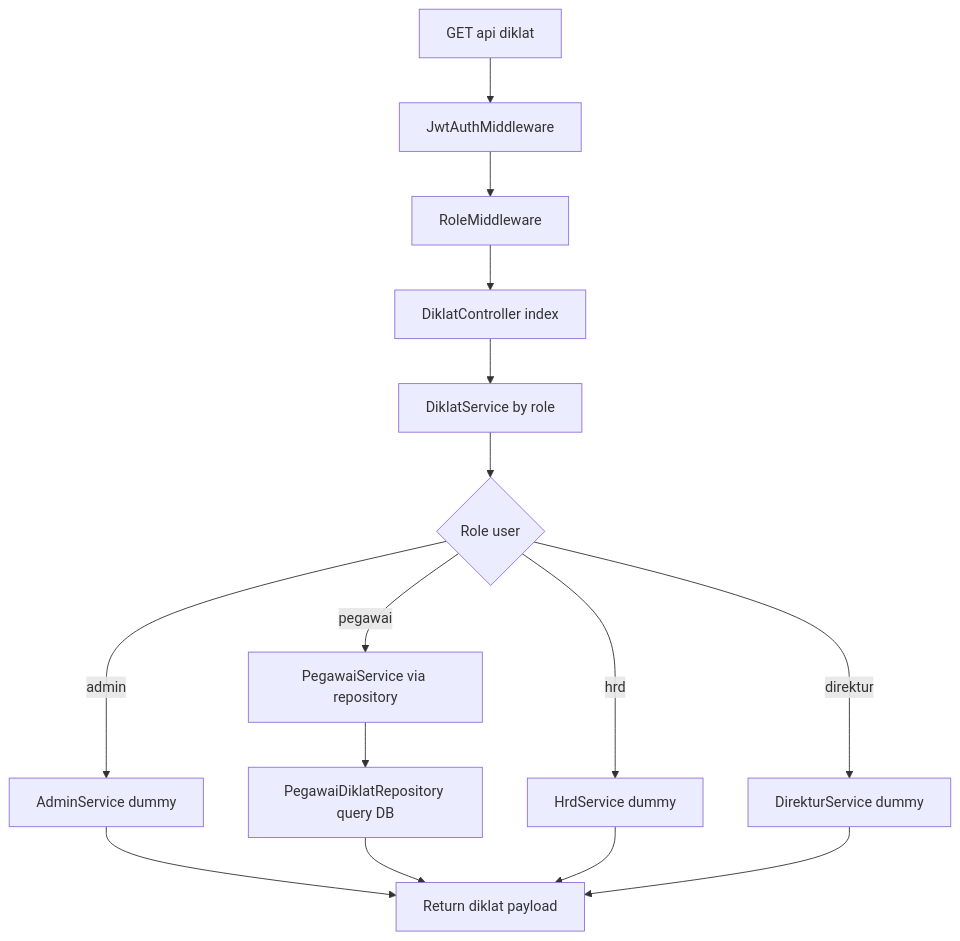
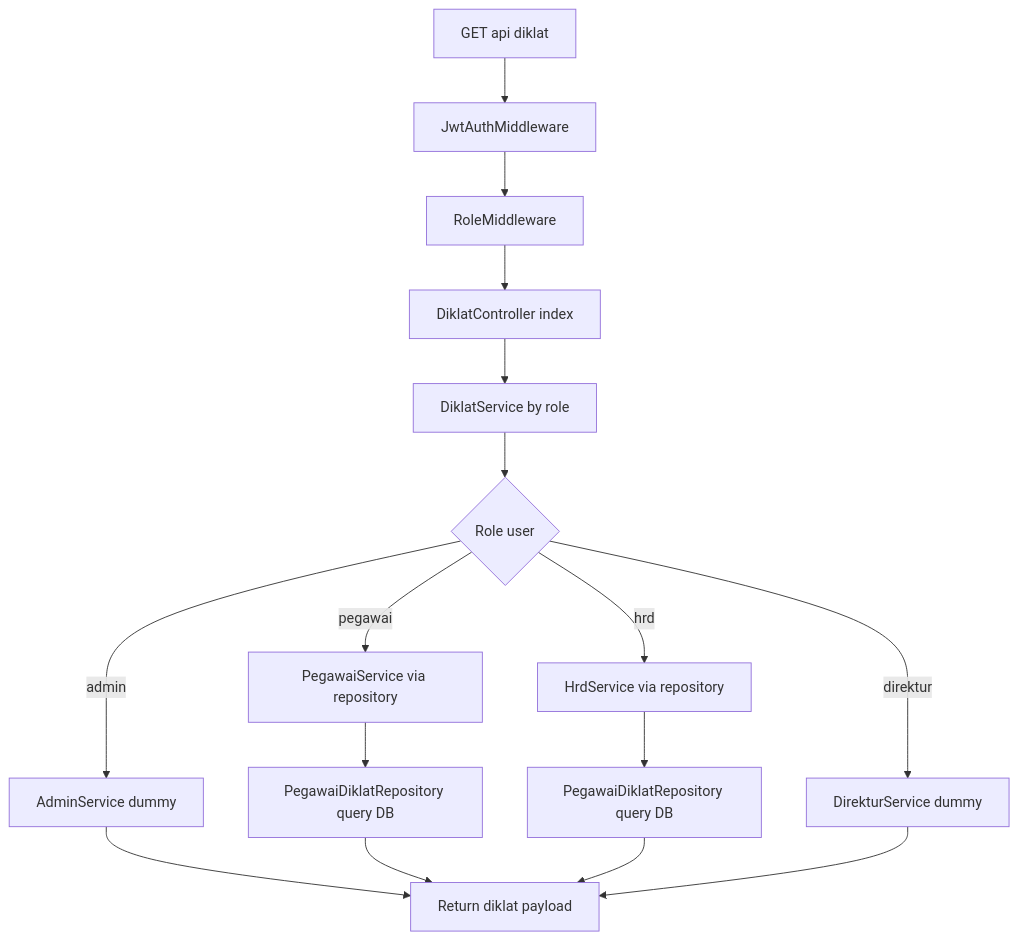
One commit to widy4aa/BE-SIMPEG-RSKALISAT changed diagram 17 of 37 in dokumentasi/dokumentasi_app.md. Above: the diagram before and after it, drawn with Mermaid. The commit also changed other lines of this file and 6 other files, not shown here.

````diff
--- a/dokumentasi/dokumentasi_app.md
+++ b/dokumentasi/dokumentasi_app.md
@@ -888,17 +896,18 @@
 ```mermaid
 flowchart TD
 	A[GET api diklat] --> B[JwtAuthMiddleware]
 	B --> C[RoleMiddleware]
 	C --> D[DiklatController index]
 	D --> E[DiklatService by role]
 	E --> F{Role user}
 	F -- admin --> G[AdminService dummy]
 	F -- pegawai --> H[PegawaiService via repository]
-	F -- hrd --> I[HrdService dummy]
+	F -- hrd --> I[HrdService via repository]
 	F -- direktur --> J[DirekturService dummy]
 	H --> H1[PegawaiDiklatRepository query DB]
+	I --> I1[PegawaiDiklatRepository query DB]
 	G --> K[Return diklat payload]
 	H1 --> K
-	I --> K
+	I1 --> K
 	J --> K
 ```
````
